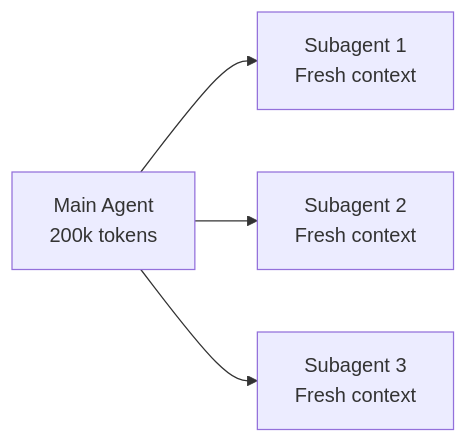
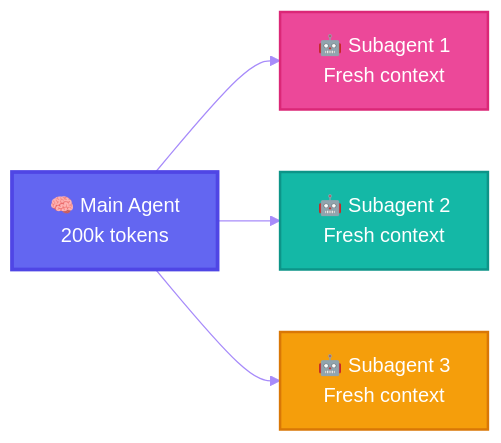
One commit to ThibautMelen/agentic-ai-systems changed the fifth of 6 diagrams in README.md. Above: the diagram before and after it, drawn with Mermaid. The commit also changed other lines of this file and 7 other files, not shown here.

First line of the commit message:
style(diagrams): add vibrant colors to all Mermaid diagrams

````diff
--- a/README.md
+++ b/README.md
@@ -208,6 +241,12 @@
 ```mermaid
+%%{init: {'theme': 'base', 'themeVariables': { 'primaryColor': '#6366f1', 'primaryTextColor': '#ffffff', 'primaryBorderColor': '#4f46e5', 'lineColor': '#a78bfa', 'secondaryColor': '#ec4899', 'tertiaryColor': '#14b8a6'}}}%%
 flowchart LR
-    Main[Main Agent<br/>200k tokens] --> S1[Subagent 1<br/>Fresh context]
-    Main --> S2[Subagent 2<br/>Fresh context]
-    Main --> S3[Subagent 3<br/>Fresh context]
+    Main[🧠 Main Agent<br/>200k tokens]:::mainNode --> S1[🤖 Subagent 1<br/>Fresh context]:::subNode1
+    Main --> S2[🤖 Subagent 2<br/>Fresh context]:::subNode2
+    Main --> S3[🤖 Subagent 3<br/>Fresh context]:::subNode3
+
+    classDef mainNode fill:#6366f1,stroke:#4f46e5,stroke-width:3px,color:#ffffff
+    classDef subNode1 fill:#ec4899,stroke:#db2777,stroke-width:2px,color:#ffffff
+    classDef subNode2 fill:#14b8a6,stroke:#0d9488,stroke-width:2px,color:#ffffff
+    classDef subNode3 fill:#f59e0b,stroke:#d97706,stroke-width:2px,color:#ffffff
 ```
````
